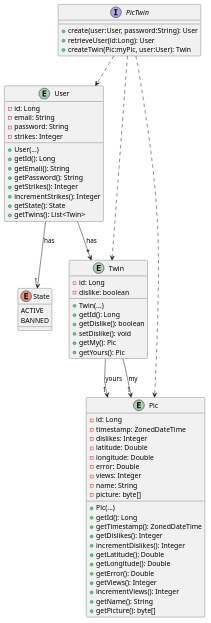
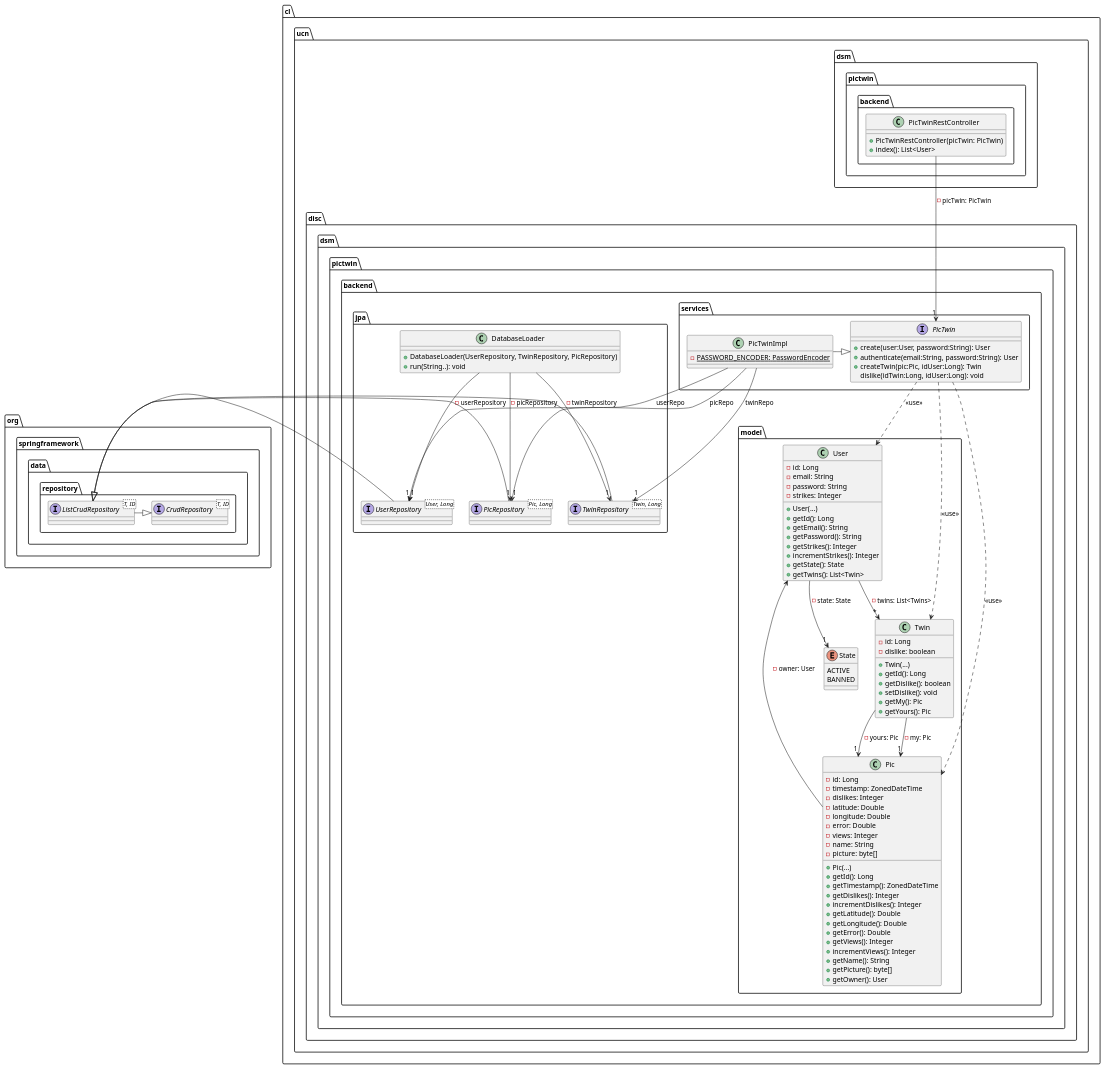
Before and after one commit to FlaminEon/Backend-for-PicTwin: the diagram in src/main/java/cl/ucn/disc/dsm/pictwin/backend/PicTwinDiagram.puml, drawn with PlantUML. The commit also changed 10 other files, not shown here.

```diff
--- a/src/main/java/cl/ucn/disc/dsm/pictwin/backend/PicTwinDiagram.puml
+++ b/src/main/java/cl/ucn/disc/dsm/pictwin/backend/PicTwinDiagram.puml
@@ -1,79 +1,131 @@
 @startuml
 'https://plantuml.com/sequence-diagram
 
-interface PicTwin{
-    +create(user:User, password:String): User
-    +retrieveUser(id:Long): User
-    +createTwin(Pic:myPic, user:User): Twin
+package cl.ucn.disc.dsm.pictwin.backend.model {
+    class User{
+        -id: Long
+        -email: String
+        -password: String
+        -strikes: Integer
+
+        +User(...)
+        +getId(): Long
+        +getEmail(): String
+        +getPassword(): String
+        +getStrikes(): Integer
+        +incrementStrikes(): Integer
+        +getState(): State
+        +getTwins(): List<Twin>
+    }
+
+    class Twin{
+        -id: Long
+        -dislike: boolean
+
+        +Twin(...)
+        +getId(): Long
+        +getDislike(): boolean
+        +setDislike(): void
+        +getMy(): Pic
+        +getYours(): Pic
+    }
+
+    class Pic{
+        -id: Long
+        -timestamp: ZonedDateTime
+        -dislikes: Integer
+        -latitude: Double
+        -longitude: Double
+        -error: Double
+        -views: Integer
+        -name: String
+        -picture: byte[]
+
+        +Pic(...)
+        +getId(): Long
+        +getTimestamp(): ZonedDateTime
+        +getDislikes(): Integer
+        +incrementDislikes(): Integer
+        +getLatitude(): Double
+        +getLongitude(): Double
+        +getError(): Double
+        +getViews(): Integer
+        +incrementViews(): Integer
+        +getName(): String
+        +getPicture(): byte[]
+        +getOwner(): User
+    }
+
+    enum State{
+        ACTIVE
+        BANNED
+    }
 }
 
-entity User{
-    -id: Long
-    -email: String
-    -password: String
-    -strikes: Integer
+package org.springframework.data.repository {
+    interface ListCrudRepository<T, ID>{}
 
-    +User(...)
-    +getId(): Long
-    +getEmail(): String
-    +getPassword(): String
-    +getStrikes(): Integer
-    +incrementStrikes(): Integer
-    +getState(): State
-    +getTwins(): List<Twin>
+    interface CrudRepository<T, ID>{}
 }
 
-entity Twin{
-    -id: Long
-    -dislike: boolean
+package cl.ucn.disc.dsm.pictwin.backend.services {
+    interface PicTwin{
+        +create(user:User, password:String): User
+        +authenticate(email:String, password:String): User
+        +createTwin(pic:Pic, idUser:Long): Twin
+        dislike(idTwin:Long, idUser:Long): void
+    }
 
-    +Twin(...)
-    +getId(): Long
-    +getDislike(): boolean
-    +setDislike(): void
-    +getMy(): Pic
-    +getYours(): Pic
+    class PicTwinImpl {
+        {static}-PASSWORD_ENCODER: PasswordEncoder
+    }
 }
 
-entity Pic{
-    -id: Long
-    -timestamp: ZonedDateTime
-    -dislikes: Integer
-    -latitude: Double
-    -longitude: Double
-    -error: Double
-    -views: Integer
-    -name: String
-    -picture: byte[]
-
-    +Pic(...)
-    +getId(): Long
-    +getTimestamp(): ZonedDateTime
-    +getDislikes(): Integer
-    +incrementDislikes(): Integer
-    +getLatitude(): Double
-    +getLongitude(): Double
-    +getError(): Double
-    +getViews(): Integer
-    +incrementViews(): Integer
-    +getName(): String
-    +getPicture(): byte[]
+package cl.ucn.dsm.pictwin.backend {
+    class PicTwinRestController {
+        +PicTwinRestController(picTwin: PicTwin)
+        +index(): List<User>
+    }
 }
 
-enum State{
-    ACTIVE
-    BANNED
+package cl.ucn.disc.dsm.pictwin.backend.jpa {
+    class DatabaseLoader {
+        +DatabaseLoader(UserRepository, TwinRepository, PicRepository)
+        +run(String..): void
+    }
+
+    interface UserRepository<User, Long> {}
+    interface PicRepository<Pic, Long> {}
+    interface TwinRepository<Twin, Long> {}
 }
 
-PicTwin..>Pic
-PicTwin..>Twin
-PicTwin..>User
+User --> "1" State : -state: State
+User --> "*" Twin : -twins: List<Twins>
 
-User-->"*"Twin: has
-User-->"1"State: has
+Twin --> "1" Pic : -yours: Pic
+Twin --> "1" Pic : -my: Pic
 
-Twin-->"1"Pic: my
-Twin-->"1"Pic: yours
+Pic --> User : -owner: User
 
+ListCrudRepository -|> CrudRepository
+
+DatabaseLoader --> "1" UserRepository : -userRepository
+DatabaseLoader --> "1" PicRepository : -picRepository
+DatabaseLoader --> "1" TwinRepository : -twinRepository
+
+UserRepository -|> ListCrudRepository
+PicRepository -|> ListCrudRepository
+TwinRepository -|> ListCrudRepository
+
+PicTwinRestController --> "1" PicTwin : -picTwin: PicTwin
+
+PicTwinImpl --> "1" UserRepository : userRepo
+PicTwinImpl --> "1" PicRepository : picRepo
+PicTwinImpl --> "1" TwinRepository : twinRepo
+PicTwinImpl -|> PicTwin
+
+PicTwin ..> User : <<use>>
+PicTwin ..> Pic : <<use>>
+PicTwin ..> Twin : <<use>>
 
 @enduml
```
